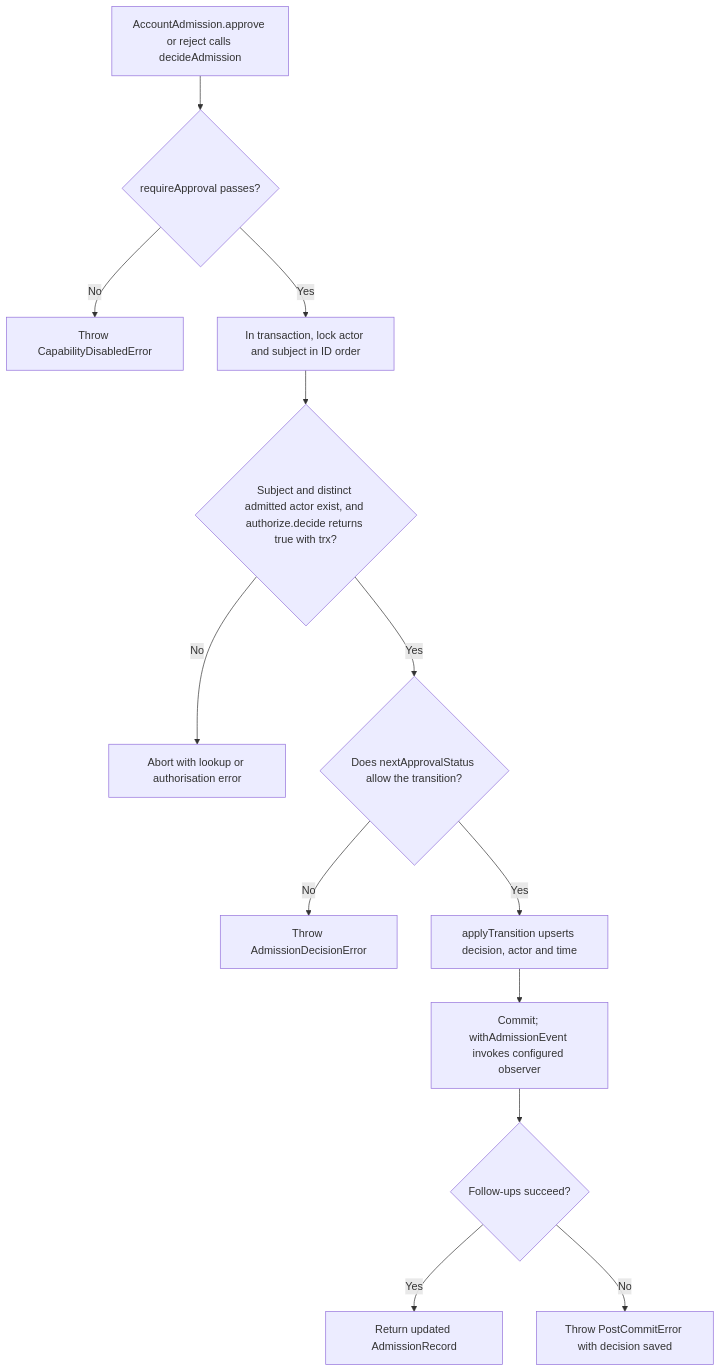
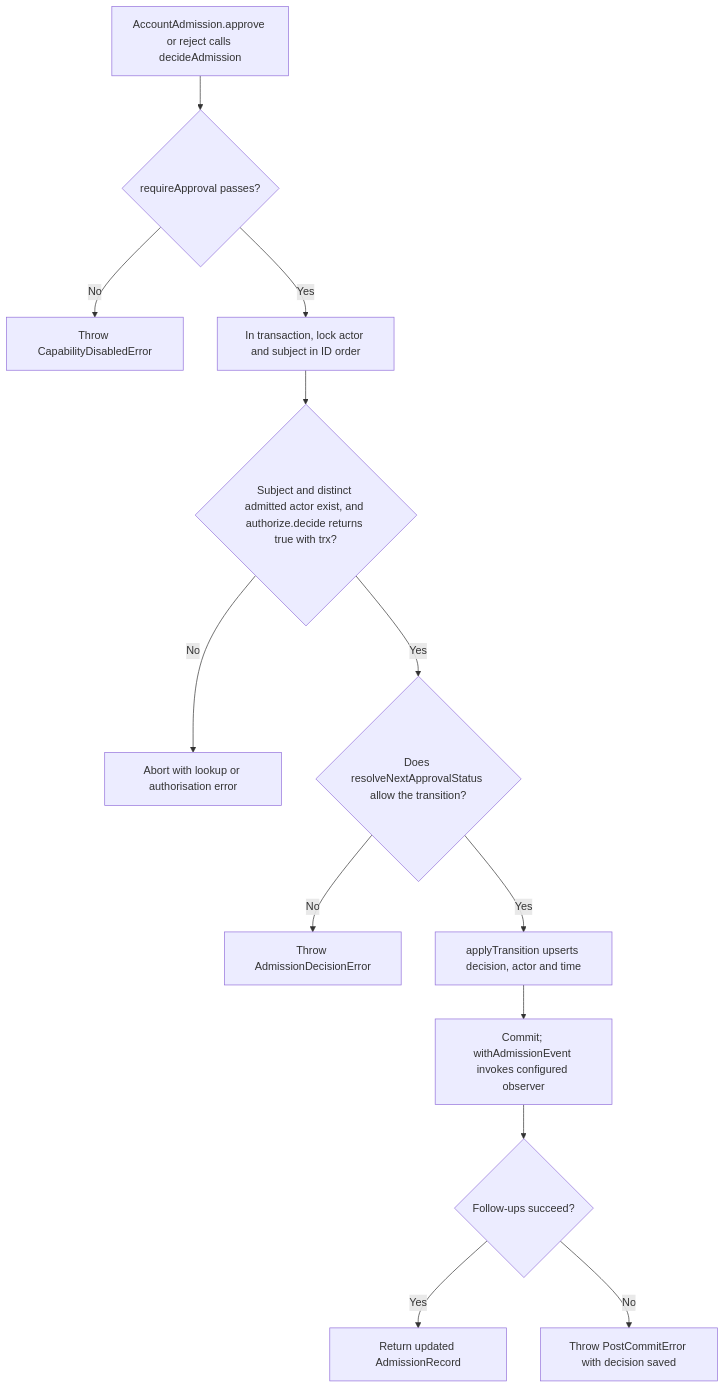
The second of 2 diagrams in user-stories/US-ACCOUNT-26-decide-admission.md (Kevinjohn/oss-adonisjs-account-kit), drawn with Mermaid before and after one commit. The commit also changed 29 other files, not shown here.

````diff
--- a/user-stories/US-ACCOUNT-26-decide-admission.md
+++ b/user-stories/US-ACCOUNT-26-decide-admission.md
@@ -38,15 +38,15 @@
 ```mermaid
 flowchart TD
  A["AccountAdmission.approve or reject calls decideAdmission"] --> B{"requireApproval passes?"}
  B -->|No| X["Throw CapabilityDisabledError"]
  B -->|Yes| C["In transaction, lock actor and subject in ID order"]
  C --> D{"Subject and distinct admitted actor exist, and authorize.decide returns true with trx?"}
  D -->|No| Y["Abort with lookup or authorisation error"]
- D -->|Yes| E{"Does nextApprovalStatus allow the transition?"}
+ D -->|Yes| E{"Does resolveNextApprovalStatus allow the transition?"}
  E -->|No| Z["Throw AdmissionDecisionError"]
  E -->|Yes| F["applyTransition upserts decision, actor and time"]
  F --> G["Commit; withAdmissionEvent invokes configured observer"]
  G --> H{"Follow-ups succeed?"}
  H -->|Yes| I["Return updated AdmissionRecord"]
  H -->|No| J["Throw PostCommitError with decision saved"]
 ```
````
